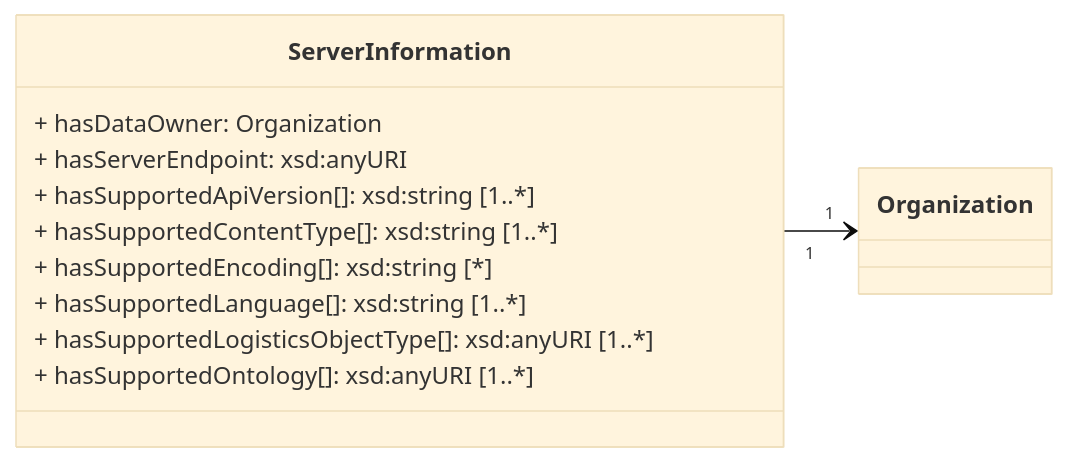
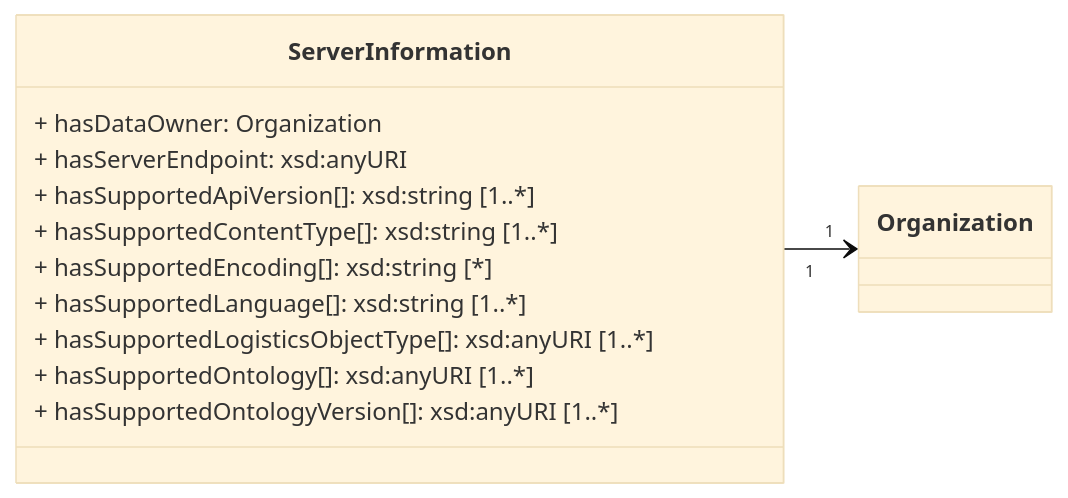
One commit to IATA-Cargo/ONE-Record changed the diagram in working_draft/API/docs/server-information.md. Above: the diagram before and after it, drawn with Mermaid (base theme). The commit also changed 9 other files, not shown here.

````diff
--- a/working_draft/API/docs/server-information.md
+++ b/working_draft/API/docs/server-information.md
@@ -44,19 +44,20 @@
 ```mermaid
 classDiagram   
     direction LR   
 
     class Organization{        
     }  
 
     class ServerInformation{
         + hasDataOwner: Organization                
         + hasServerEndpoint: xsd:anyURI        
         + hasSupportedApiVersion[]: xsd:string [1..*]
         + hasSupportedContentType[]: xsd:string [1..*]        
         + hasSupportedEncoding[]: xsd:string [*]
         + hasSupportedLanguage[]: xsd:string [1..*]
         + hasSupportedLogisticsObjectType[]: xsd:anyURI [1..*]
         + hasSupportedOntology[]: xsd:anyURI [1..*]
+        + hasSupportedOntologyVersion[]: xsd:anyURI [1..*]
     }        
     ServerInformation "1" --> "1" Organization
 ```
````
